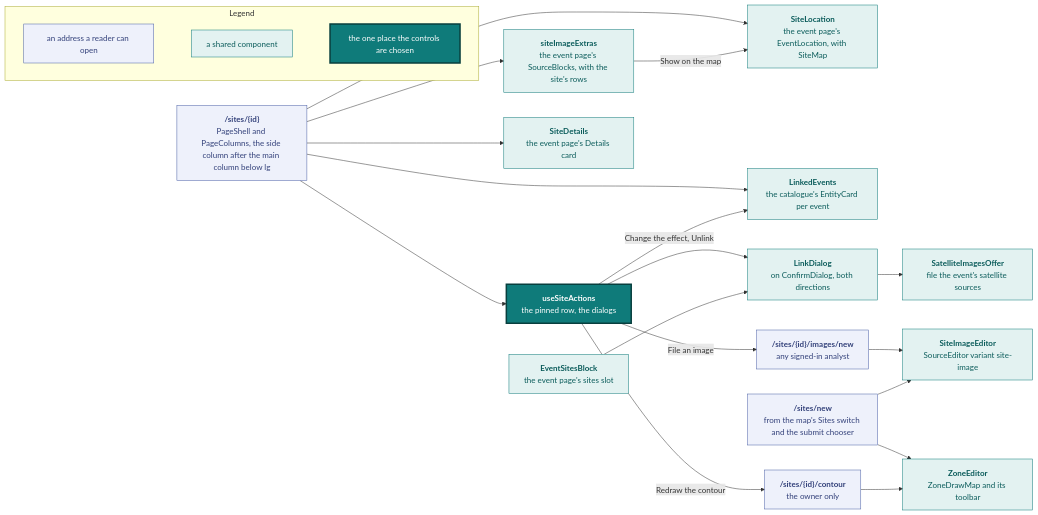
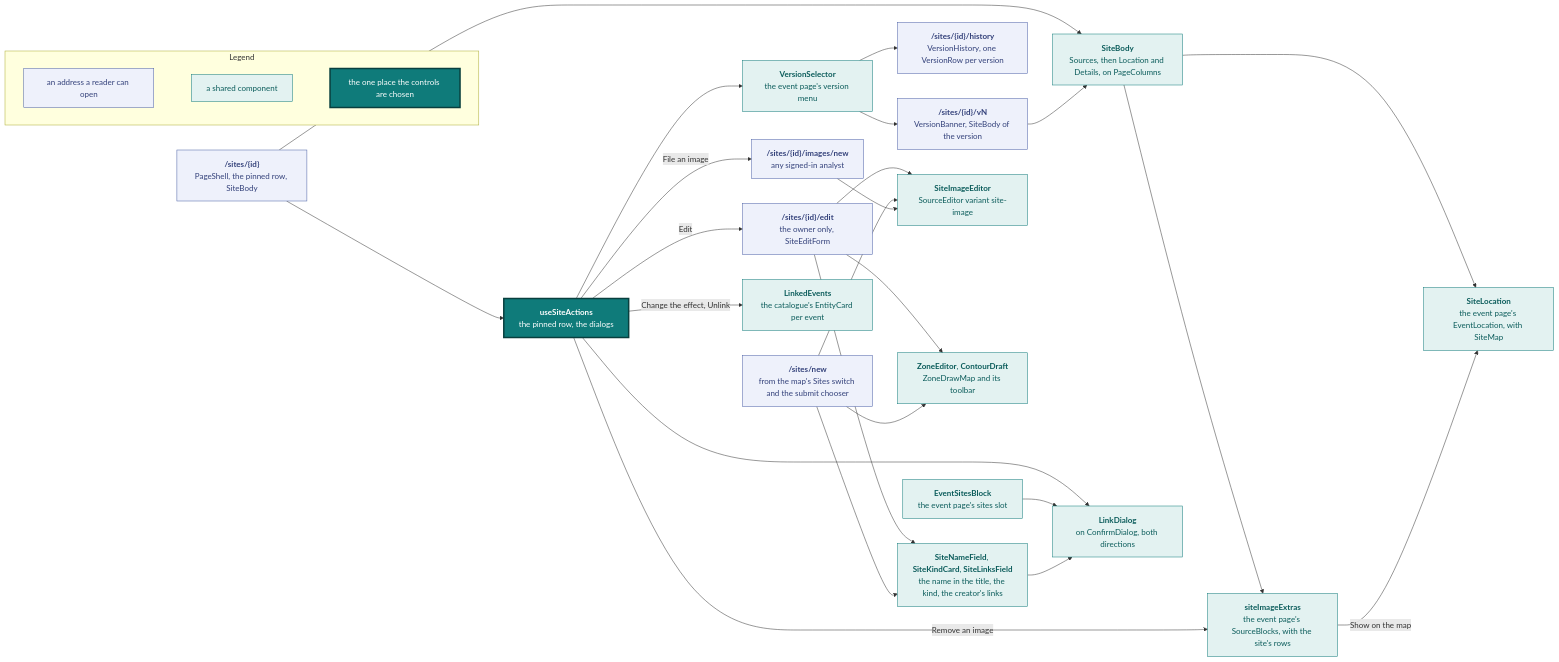
Before and after one commit to vidithq/vidit: diagram 15 of 17 in docs/design.md, drawn with Mermaid. The commit also changed other lines of this file and 3 other files, not shown here.

First line of the commit message:
docs(sites): versions, the edit page and links without history

````diff
--- a/docs/design.md
+++ b/docs/design.md
@@ -1505,60 +1505,73 @@
 ```mermaid
 flowchart LR
   classDef spec fill:#eef1fb,stroke:#4a5fa5,color:#33417a
   classDef shared fill:#e3f2f1,stroke:#0f7b7a,color:#0b5c5b
   classDef core fill:#0f7b7a,stroke:#083f3e,stroke-width:3px,color:#ffffff
 
   subgraph legend [Legend]
     direction LR
     l1["`an address a reader can open`"]:::spec
     l2["`a shared component`"]:::shared
     l3["`the one place the controls are chosen`"]:::core
     l1 ~~~ l2 ~~~ l3
   end
 
   page["`**/sites/{id}**
-  PageShell and PageColumns, the side column after the main column below lg`"]:::spec
+  PageShell, the pinned row, SiteBody`"]:::spec
+  version["`**/sites/{id}/vN**
+  VersionBanner, SiteBody of the version`"]:::spec
+  history["`**/sites/{id}/history**
+  VersionHistory, one VersionRow per version`"]:::spec
+  edit["`**/sites/{id}/edit**
+  the owner only, SiteEditForm`"]:::spec
+  file["`**/sites/{id}/images/new**
+  any signed-in analyst`"]:::spec
+  create["`**/sites/new**
+  from the map's Sites switch and the submit chooser`"]:::spec
   actions["`**useSiteActions**
   the pinned row, the dialogs`"]:::core
+  body["`**SiteBody**
+  Sources, then Location and Details, on PageColumns`"]:::shared
+  selector["`**VersionSelector**
+  the event page's version menu`"]:::shared
   card["`**siteImageExtras**
   the event page's SourceBlocks, with the site's rows`"]:::shared
   zone["`**SiteLocation**
   the event page's EventLocation, with SiteMap`"]:::shared
-  details["`**SiteDetails**
-  the event page's Details card`"]:::shared
   linked["`**LinkedEvents**
   the catalogue's EntityCard per event`"]:::shared
   dialog["`**LinkDialog**
   on ConfirmDialog, both directions`"]:::shared
-  offer["`**SatelliteImagesOffer**
-  file the event's satellite sources`"]:::shared
-  file["`**/sites/{id}/images/new**
-  any signed-in analyst`"]:::spec
-  contour["`**/sites/{id}/contour**
-  the owner only`"]:::spec
-  create["`**/sites/new**
-  from the map's Sites switch and the submit chooser`"]:::spec
+  fields["`**SiteNameField**, **SiteKindCard**, **SiteLinksField**
+  the name in the title, the kind, the creator's links`"]:::shared
   imageed["`**SiteImageEditor**
   SourceEditor variant site-image`"]:::shared
-  zoneed["`**ZoneEditor**
+  zoneed["`**ZoneEditor**, **ContourDraft**
   ZoneDrawMap and its toolbar`"]:::shared
   event["`**EventSitesBlock**
   the event page's sites slot`"]:::shared
 
   page --> actions
-  page --> card
-  page --> zone
-  page --> details
-  page --> linked
+  page --> body
+  version --> body
+  body --> card
+  body --> zone
   card -->|"Show on the map"| zone
+  actions --> selector
   actions -->|"Change the effect, Unlink"| linked
+  actions -->|"Remove an image"| card
   actions --> dialog
   event --> dialog
-  dialog --> offer
+  selector --> version
+  selector --> history
+  actions -->|"Edit"| edit
   actions -->|"File an image"| file
-  actions -->|"Redraw the contour"| contour
-  file --> imageed
+  edit --> fields
+  edit --> imageed
+  edit --> zoneed
+  create --> fields
   create --> imageed
   create --> zoneed
-  contour --> zoneed
+  fields --> dialog
+  file --> imageed
 ```
````
